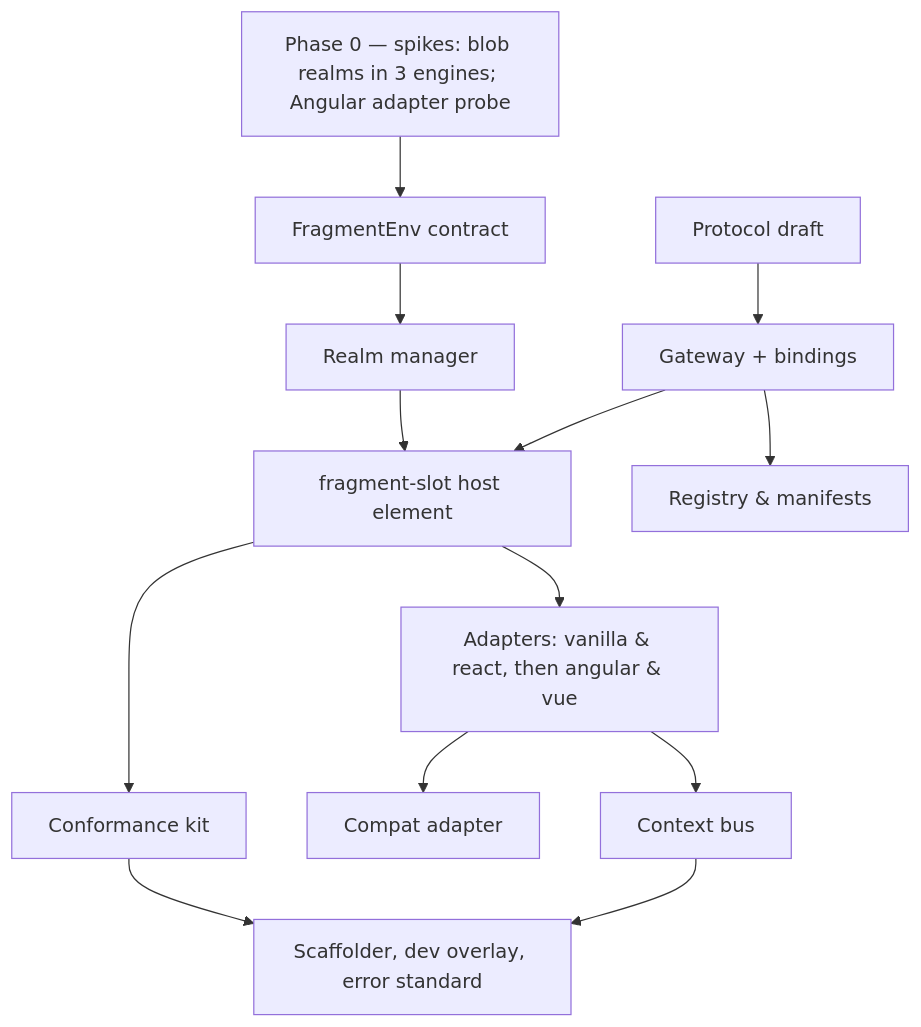
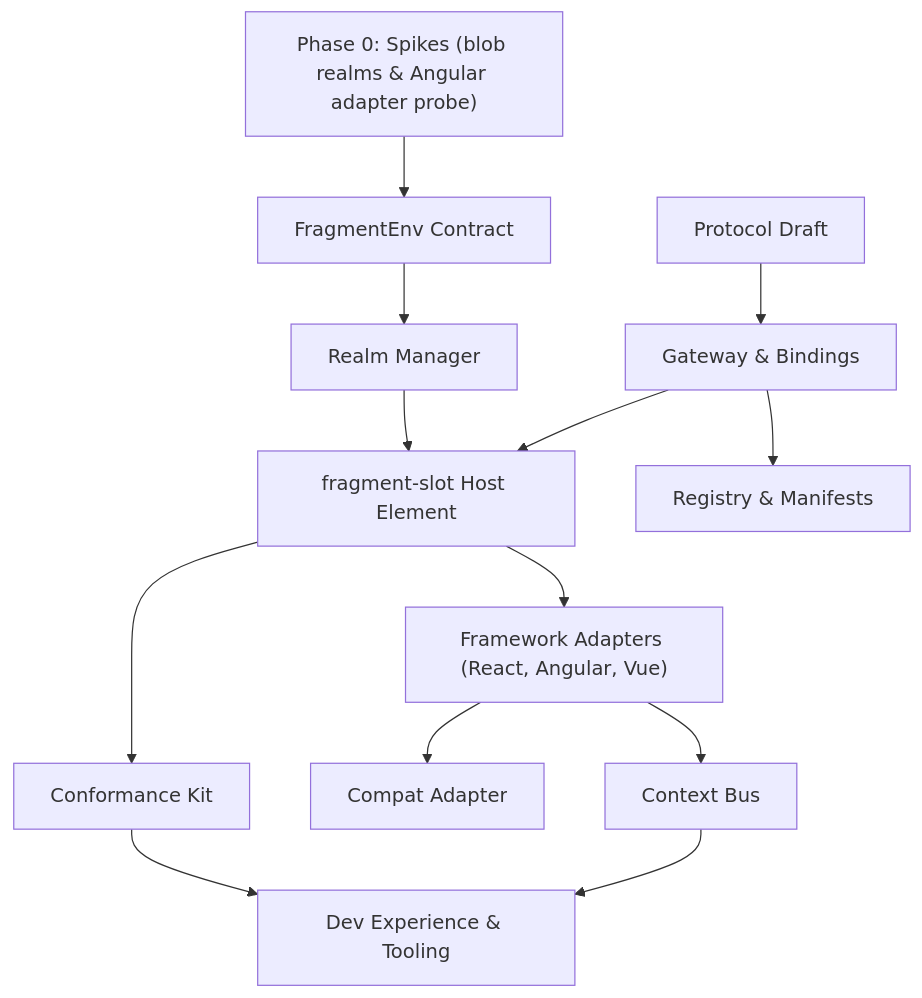
The fourth of 4 diagrams in docs/braid-architecture.md (Jefftopia/skew), drawn with Mermaid before and after one commit. The commit also changed other lines of this file and 3 other files, not shown here.

````diff
--- a/docs/braid-architecture.md
+++ b/docs/braid-architecture.md
@@ -678,23 +368,28 @@
 ```mermaid
 flowchart TD
-  P0["Phase 0 — spikes: blob realms in 3 engines; Angular adapter probe"]
-  C7s["Protocol draft"]
-  C3b["FragmentEnv contract"]
-  C2b["Realm manager"]
-  C1b["fragment-slot host element"]
-  C6b["Gateway + bindings"]
-  C8b["Registry & manifests"]
-  C4b["Adapters: vanilla & react, then angular & vue"]
-  C9b["Context bus"]
-  C5b["Compat adapter"]
-  C10b["Conformance kit"]
-  C11b["Scaffolder, dev overlay, error standard"]
-  P0 --> C3b --> C2b --> C1b
-  C7s --> C6b --> C8b
-  C1b --> C4b --> C9b
-  C6b --> C1b
-  C4b --> C5b
-  C1b --> C10b
-  C10b --> C11b
-  C9b --> C11b
+  P0["Phase 0: Spikes (blob realms & Angular adapter probe)"]
+  Proto["Protocol Draft"]
+  Env["FragmentEnv Contract"]
+  Realm["Realm Manager"]
+  Slot["fragment-slot Host Element"]
+  GW["Gateway & Bindings"]
+  Registry["Registry & Manifests"]
+  Adapters["Framework Adapters (React, Angular, Vue)"]
+  Bus["Context Bus"]
+  Compat["Compat Adapter"]
+  Conformance["Conformance Kit"]
+  DevTooling["Dev Experience & Tooling"]
+
+  P0 --> Env
+  Env --> Realm
+  Realm --> Slot
+  Proto --> GW
+  GW --> Registry
+  GW --> Slot
+  Slot --> Adapters
+  Adapters --> Bus
+  Adapters --> Compat
+  Slot --> Conformance
+  Conformance --> DevTooling
+  Bus --> DevTooling
 ```
````
